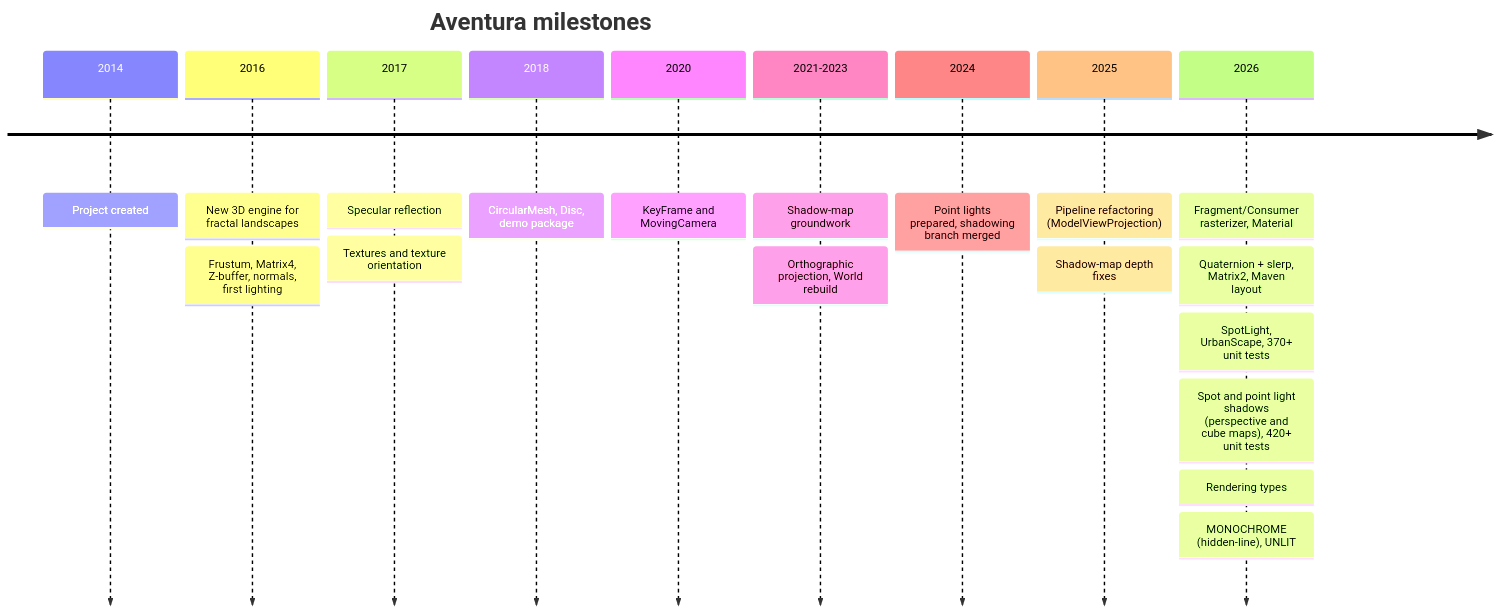
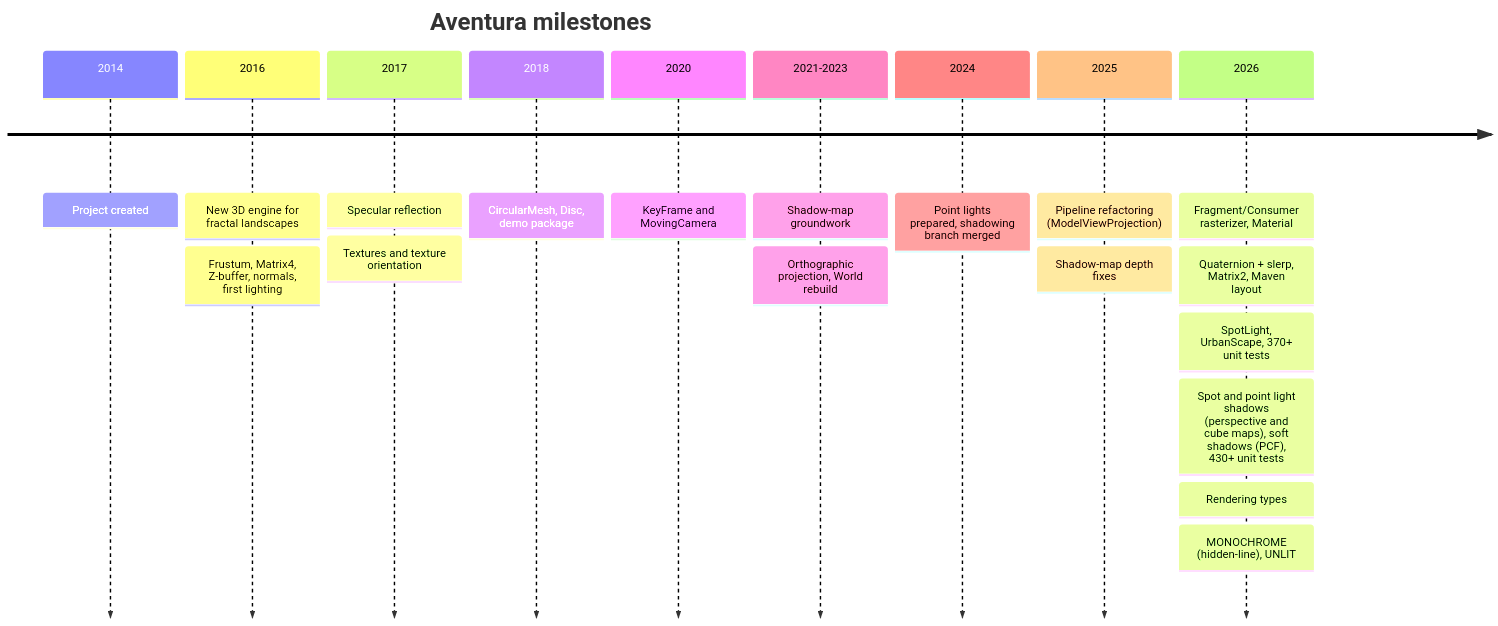
One commit to obarry/Aventura changed diagram 18 of 20 in docs/DESIGN.md. Above: the diagram before and after it, drawn with Mermaid. The commit also changed other lines of this file and 16 other files, not shown here.

````diff
--- a/docs/DESIGN.md
+++ b/docs/DESIGN.md
@@ -723,21 +760,21 @@
 ```mermaid
 timeline
     title Aventura milestones
     2014 : Project created
     2016 : New 3D engine for fractal landscapes
          : Frustum, Matrix4, Z-buffer, normals, first lighting
     2017 : Specular reflection
          : Textures and texture orientation
     2018 : CircularMesh, Disc, demo package
     2020 : KeyFrame and MovingCamera
     2021-2023 : Shadow-map groundwork
               : Orthographic projection, World rebuild
     2024 : Point lights prepared, shadowing branch merged
     2025 : Pipeline refactoring (ModelViewProjection)
          : Shadow-map depth fixes
     2026 : Fragment/Consumer rasterizer, Material
          : Quaternion + slerp, Matrix2, Maven layout
          : SpotLight, UrbanScape, 370+ unit tests
-         : Spot and point light shadows (perspective and cube maps), 420+ unit tests
+         : Spot and point light shadows (perspective and cube maps), soft shadows (PCF), 430+ unit tests
          : Rendering types: MONOCHROME (hidden-line), UNLIT
 ```
````
